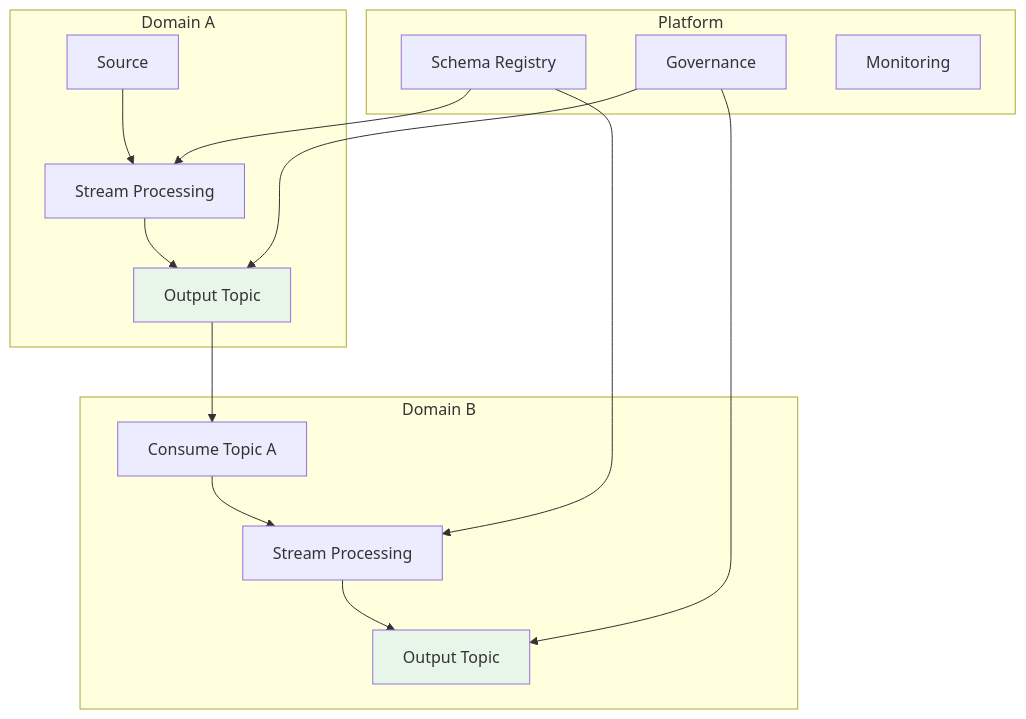
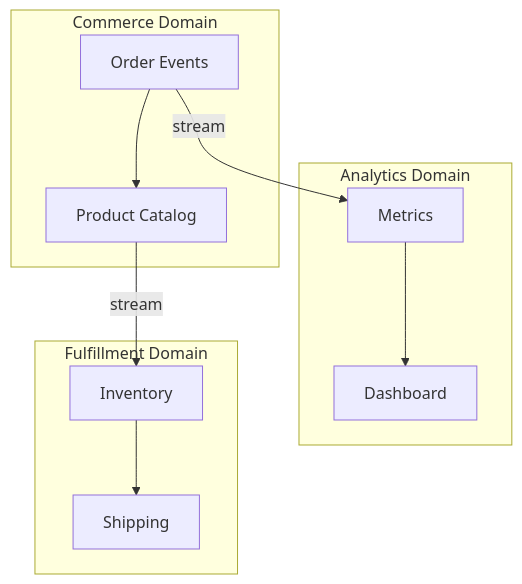
The diagram in en/data-mesh-streaming-integration.md (AdaMartin18010/AnalysisDataFlow), drawn with Mermaid before and after one commit. The commit also changed other lines of this file and 78 other files, not shown here.

````diff
--- a/en/data-mesh-streaming-integration.md
+++ b/en/data-mesh-streaming-integration.md
@@ -71,27 +106,14 @@
 ```mermaid
 graph TB
-    subgraph "Domain A"
-        A1[Source] --> A2[Stream Processing]
-        A2 --> A3[Output Topic]
+    subgraph D1[Commerce Domain]
+        A1[Order Events] --> A2[Product Catalog]
     end
-    
-    subgraph "Domain B"
-        B1[Consume Topic A] --> B2[Stream Processing]
-        B2 --> B3[Output Topic]
+    subgraph D2[Analytics Domain]
+        B1[Metrics] --> B2[Dashboard]
     end
-    
-    subgraph "Platform"
-        S[Schema Registry]
-        G[Governance]
-        M[Monitoring]
+    subgraph D3[Fulfillment Domain]
+        C1[Inventory] --> C2[Shipping]
     end
-    
-    A3 --> B1
-    S --> A2
-    S --> B2
-    G --> A3
-    G --> B3
-    
-    style A3 fill:#e8f5e9
-    style B3 fill:#e8f5e9
+    A1 -->|stream| B1
+    A2 -->|stream| C1
 ```
````
